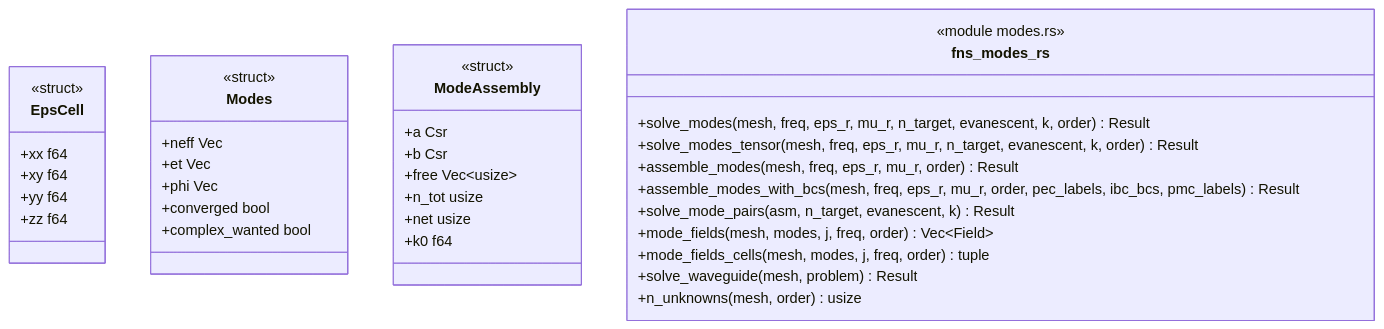
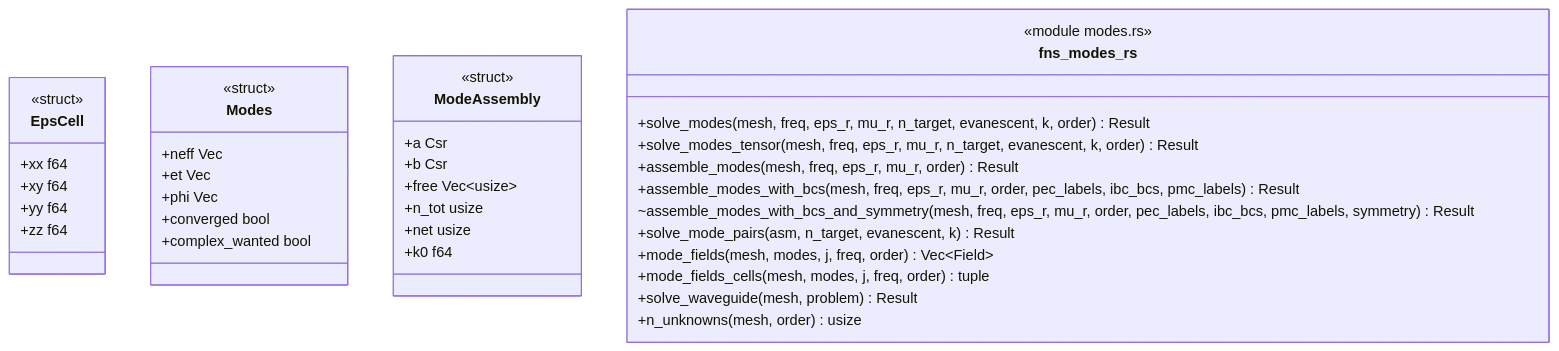
The diagram in docs/architecture/c4/4-code/ems/modes.md (p-j-r/nyx), drawn with Mermaid before and after one commit. The commit also changed other lines of this file and 150 other files, not shown here.

````diff
--- a/docs/architecture/c4/4-code/ems/modes.md
+++ b/docs/architecture/c4/4-code/ems/modes.md
@@ -43,39 +44,40 @@
 ```mermaid
 classDiagram
   class EpsCell {
       <<struct>>
       +xx f64
       +xy f64
       +yy f64
       +zz f64
   }
   class Modes {
       <<struct>>
       +neff Vec
       +et Vec
       +phi Vec
       +converged bool
       +complex_wanted bool
   }
   class ModeAssembly {
       <<struct>>
       +a Csr
       +b Csr
       +free Vec~usize~
       +n_tot usize
       +net usize
       +k0 f64
   }
   class fns_modes_rs {
       <<module modes.rs>>
       +solve_modes(mesh, freq, eps_r, mu_r, n_target, evanescent, k, order) Result
       +solve_modes_tensor(mesh, freq, eps_r, mu_r, n_target, evanescent, k, order) Result
       +assemble_modes(mesh, freq, eps_r, mu_r, order) Result
       +assemble_modes_with_bcs(mesh, freq, eps_r, mu_r, order, pec_labels, ibc_bcs, pmc_labels) Result
+      ~assemble_modes_with_bcs_and_symmetry(mesh, freq, eps_r, mu_r, order, pec_labels, ibc_bcs, pmc_labels, symmetry) Result
       +solve_mode_pairs(asm, n_target, evanescent, k) Result
       +mode_fields(mesh, modes, j, freq, order) Vec~Field~
       +mode_fields_cells(mesh, modes, j, freq, order) tuple
       +solve_waveguide(mesh, problem) Result
       +n_unknowns(mesh, order) usize
   }
 ```
````
